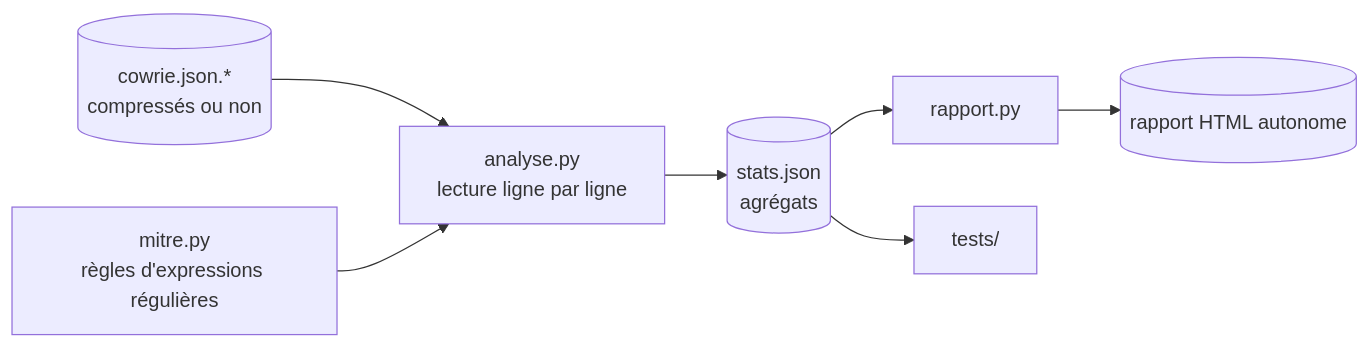
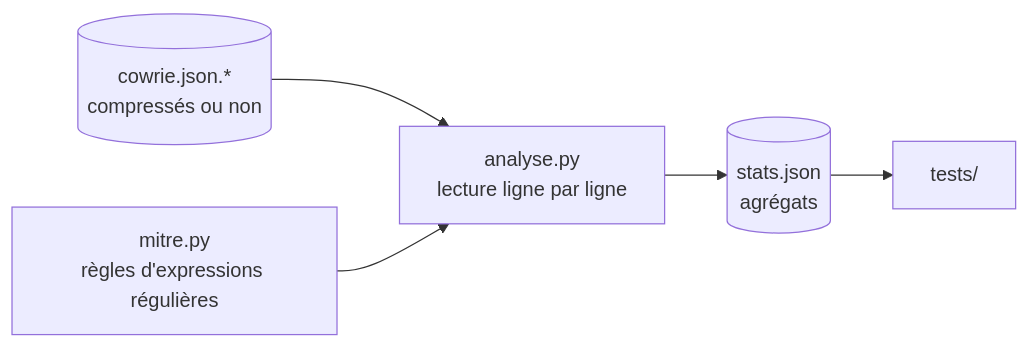
The second of 2 diagrams in docs/architecture.md (bouh-d/honeypot-analysis), drawn with Mermaid before and after one commit. The commit also changed 7 other files, not shown here.

First line of the commit message:
refactor: retrait du rapport HTML

````diff
--- a/docs/architecture.md
+++ b/docs/architecture.md
@@ -187,9 +187,7 @@
 ```mermaid
 flowchart LR
     logs[("cowrie.json.*<br/>compressés ou non")] --> a["analyse.py<br/>lecture ligne par ligne"]
     m["mitre.py<br/>règles d'expressions régulières"] --> a
     a --> s[("stats.json<br/>agrégats")]
-    s --> r["rapport.py"]
-    r --> h[("rapport HTML autonome")]
     s --> t["tests/"]
 ```
````
